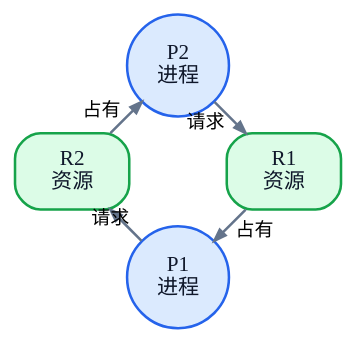
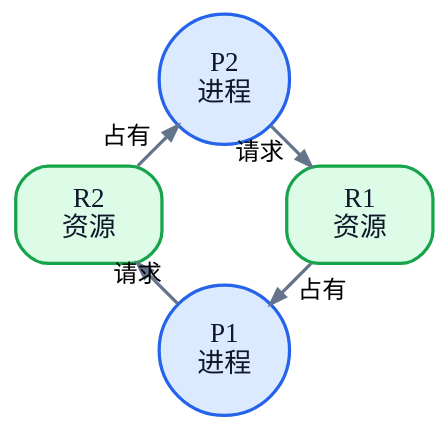
One commit to 74262195/system-architect-notes changed the diagram in 01_综合知识/01_计算机基础知识/02_操作系统/死锁与银行家算法.md. Above: the diagram before and after it, drawn with Graphviz.

Commit message:
调整死锁图为中等尺寸

````diff
--- a/01_综合知识/01_计算机基础知识/02_操作系统/死锁与银行家算法.md
+++ b/01_综合知识/01_计算机基础知识/02_操作系统/死锁与银行家算法.md
@@ -93,18 +93,18 @@
 ```dot
 digraph ResourceAllocationGraph {
-  graph [layout=circo, bgcolor="transparent", pad=0.05, margin=0, nodesep=0.15, overlap=false, ratio=compress, size="2.5,2.5!"]
+  graph [layout=circo, bgcolor="transparent", pad=0.05, margin=0, nodesep=0.15, overlap=false, ratio=compress, size="3.2,3.2!"]
   node [fontname="PingFang SC", fontsize=10, style="filled", penwidth=1.2, color="#334155", fontcolor="#0F172A", margin="0.1,0.06"]
   edge [fontname="PingFang SC", fontsize=9, color="#64748B", penwidth=1.2, arrowsize=0.55]
 
   P1 [label="P1\n进程", shape=circle, fillcolor="#DBEAFE", color="#2563EB"]
   P2 [label="P2\n进程", shape=circle, fillcolor="#DBEAFE", color="#2563EB"]
   R1 [label="R1\n资源", shape=box, style="rounded,filled", fillcolor="#DCFCE7", color="#16A34A"]
   R2 [label="R2\n资源", shape=box, style="rounded,filled", fillcolor="#DCFCE7", color="#16A34A"]
 
   P1 -> R2 [label="请求"]
   R2 -> P2 [label="占有"]
   P2 -> R1 [label="请求"]
   R1 -> P1 [label="占有"]
 
 }
 ```
````
